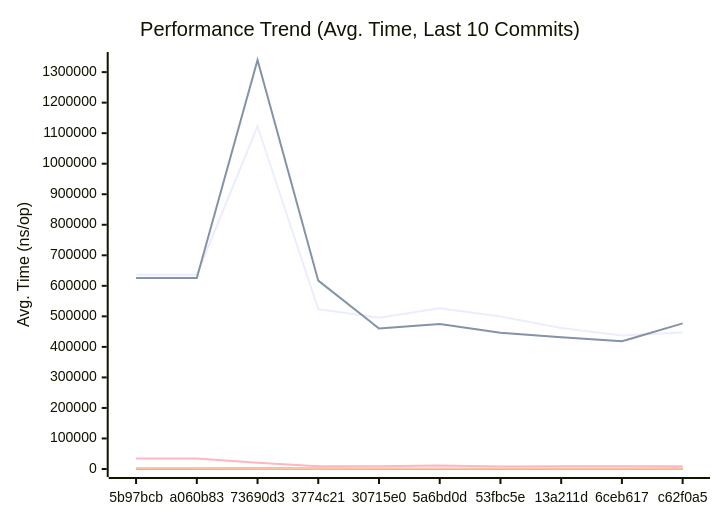
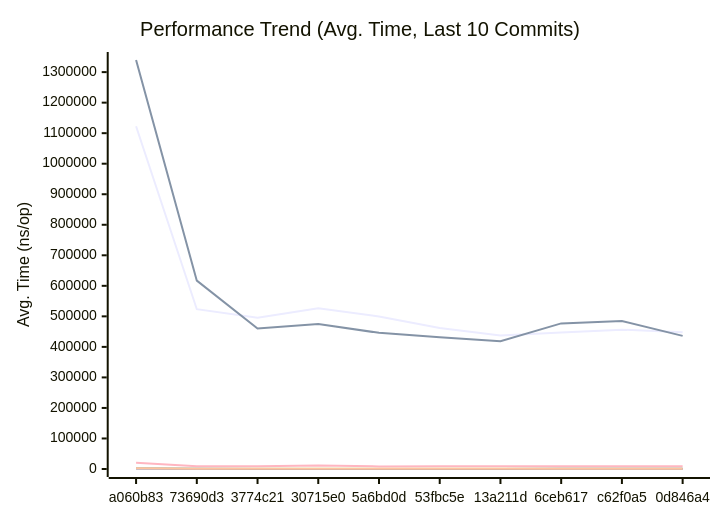
One commit to alsotoes/momo changed the first of 3 diagrams in docs/PERFORMANCE.md. Above: the diagram before and after it, drawn with Mermaid. The commit also changed other lines of this file and 3 other files, not shown here.

````diff
--- a/docs/PERFORMANCE.md
+++ b/docs/PERFORMANCE.md
@@ -145,20 +145,20 @@
 ```mermaid
 xychart-beta
     title "Performance Trend (Avg. Time, Last 10 Commits)"
     x-axis "Commit"
     y-axis "Avg. Time (ns/op)"
-    x-axis [5b97bcb,a060b83,73690d3,3774c21,30715e0,5a6bd0d,53fbc5e,13a211d,6ceb617,c62f0a5]
-    line "AWSChunkedReaderSigned" [636323,636323,1122523,523462,495636,526187,499710,461886,437350,447444]
-    line "AWSChunkedReaderUnsigned" [625607,625607,1339704,616920,460494,474985,445923,431657,418289,476966]
-    line "CheckMetricsAndSwap" [19,19,26,13,11,9,10,9,8,10]
-    line "CrushOptimized" [680,680,668,404,465,338,334,350,344,353]
-    line "CrushOriginal" [752,752,1263,789,466,508,437,504,419,488]
-    line "IndexDirectTracking" [0,0,1,1,0,0,0,0,0,0]
-    line "IndexSearch" [3,3,4,2,3,3,3,3,3,3]
-    line "LoadGlobalConfig" [34747,34747,20485,8970,9224,11173,8541,8919,8720,9023]
-    line "PadString" [128,128,128,43,48,49,42,41,39,53]
+    x-axis [a060b83,73690d3,3774c21,30715e0,5a6bd0d,53fbc5e,13a211d,6ceb617,c62f0a5,0d846a4]
+    line "AWSChunkedReaderSigned" [1122523,523462,495636,526187,499710,461886,437350,447444,456452,448270]
+    line "AWSChunkedReaderUnsigned" [1339704,616920,460494,474985,445923,431657,418289,476966,484613,436099]
+    line "CheckMetricsAndSwap" [26,13,11,9,10,9,8,10,9,10]
+    line "CrushOptimized" [668,404,465,338,334,350,344,353,360,384]
+    line "CrushOriginal" [1263,789,466,508,437,504,419,488,539,442]
+    line "IndexDirectTracking" [1,1,0,0,0,0,0,0,0,0]
+    line "IndexSearch" [4,2,3,3,3,3,3,3,3,3]
+    line "LoadGlobalConfig" [20485,8970,9224,11173,8541,8919,8720,9023,9246,9136]
+    line "PadString" [128,43,48,49,42,41,39,53,48,50]
     line "ParseReplicationOrder_NoPrealloc" [350,349,357,354,345,225,229,165,232,234]
     line "ParseReplicationOrder_Prealloc" [229,231,237,234,229,108,107,80,110,109]
-    line "SanitizeLog/Safe" [827,827,1308,563,313,284,240,213,224,479]
-    line "SanitizeLog/Unsafe" [1598,1598,2365,598,812,896,723,708,682,607]
+    line "SanitizeLog/Safe" [1308,563,313,284,240,213,224,479,510,430]
+    line "SanitizeLog/Unsafe" [2365,598,812,896,723,708,682,607,625,542]
 ```
````
